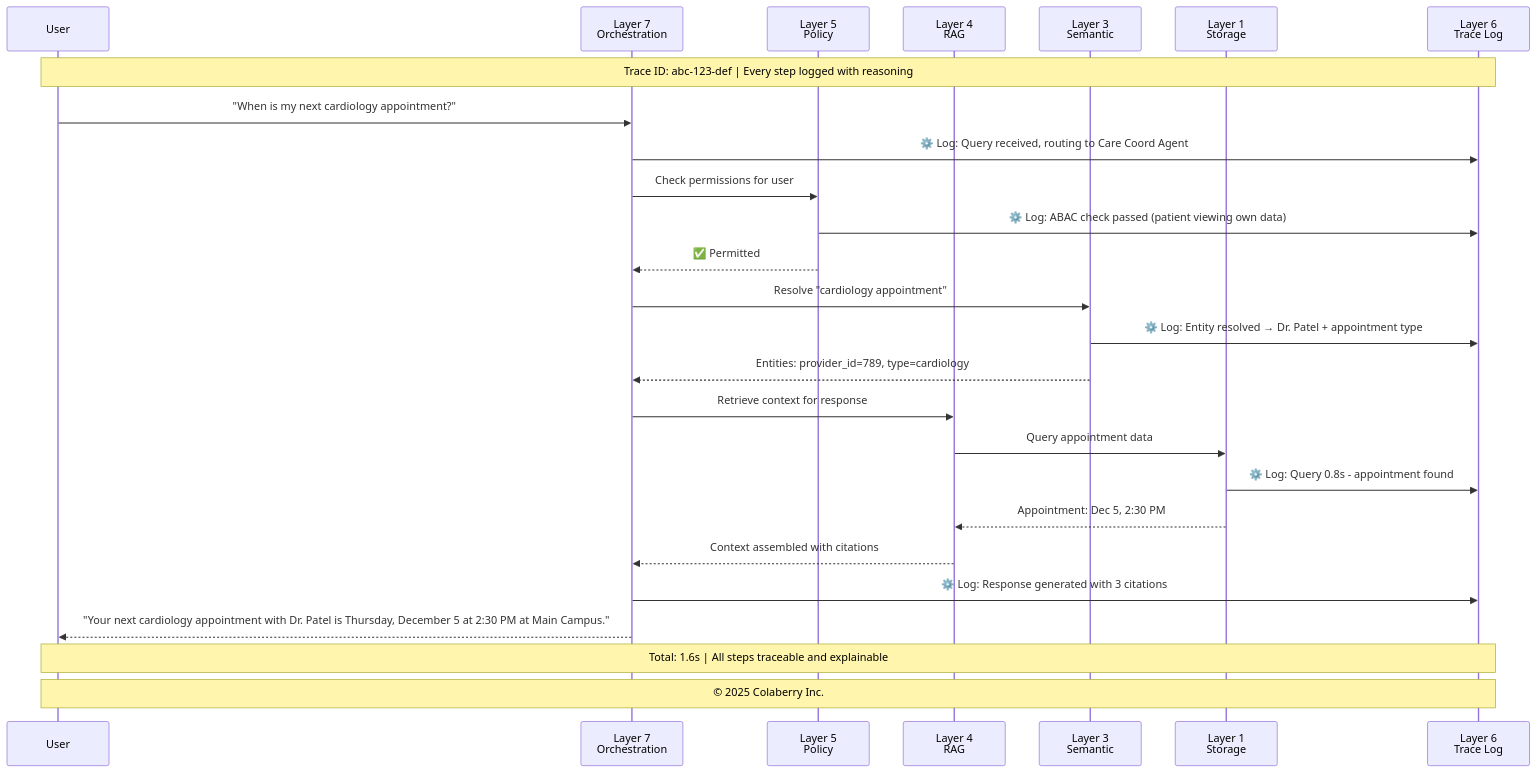
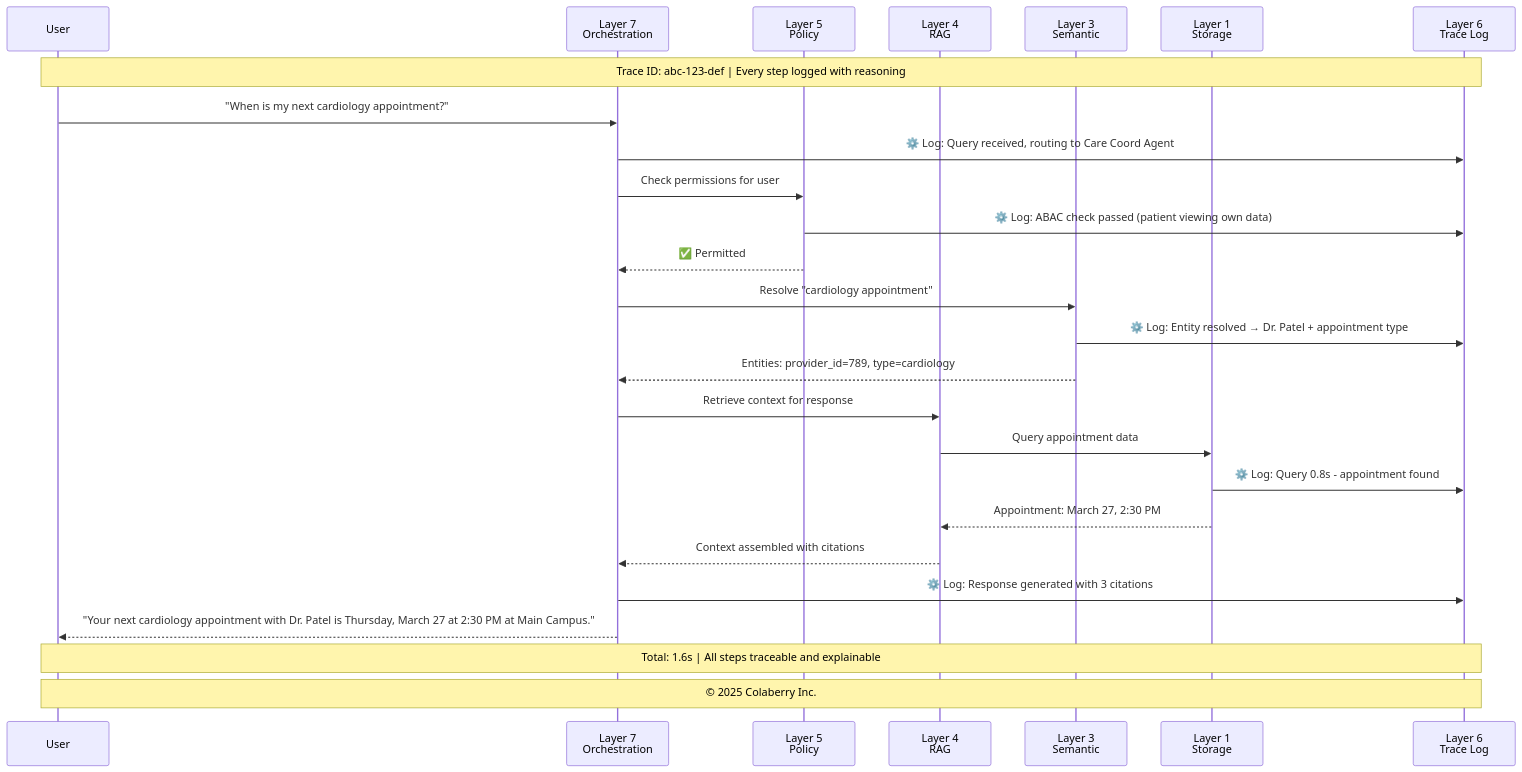
The third of 11 diagrams in manuscript/09_chapter_8_architecture_of_trust_in_action.md (saitejesh-cyber/trust-before-intelligence-book), drawn with Mermaid before and after one commit. The commit also changed other lines of this file and 4 other files, not shown here.

````diff
--- a/manuscript/09_chapter_8_architecture_of_trust_in_action.md
+++ b/manuscript/09_chapter_8_architecture_of_trust_in_action.md
@@ -294,32 +191,32 @@
 ```mermaid
 sequenceDiagram
-    participant U as User
-    participant O as Layer 7<br/>Orchestration
-    participant P as Layer 5<br/>Policy
-    participant R as Layer 4<br/>RAG
-    participant S as Layer 3<br/>Semantic
-    participant D as Layer 1<br/>Storage
-    participant T as Layer 6<br/>Trace Log
-    
-    Note over U,T: Trace ID: abc-123-def | Every step logged with reasoning
-    
-    U->>O: "When is my next cardiology appointment?"
-    O->>T: ⚙️ Log: Query received, routing to Care Coord Agent
-    O->>P: Check permissions for user
-    P->>T: ⚙️ Log: ABAC check passed (patient viewing own data)
-    P-->>O: ✅ Permitted
-    O->>S: Resolve "cardiology appointment"
-    S->>T: ⚙️ Log: Entity resolved → Dr. Patel + appointment type
-    S-->>O: Entities: provider_id=789, type=cardiology
-    O->>R: Retrieve context for response
-    R->>D: Query appointment data
-    D->>T: ⚙️ Log: Query 0.8s - appointment found
-    D-->>R: Appointment: Dec 5, 2:30 PM
-    R-->>O: Context assembled with citations
-    O->>T: ⚙️ Log: Response generated with 3 citations
-    O-->>U: "Your next cardiology appointment with Dr. Patel is Thursday, December 5 at 2:30 PM at Main Campus."
-    
-    Note over U,T: Total: 1.6s | All steps traceable and explainable
-    
-    Note over U,T: © 2025 Colaberry Inc.
+  participant U as User
+  participant O as Layer 7<br/>Orchestration
+  participant P as Layer 5<br/>Policy
+  participant R as Layer 4<br/>RAG
+  participant S as Layer 3<br/>Semantic
+  participant D as Layer 1<br/>Storage
+  participant T as Layer 6<br/>Trace Log
+  
+  Note over U,T: Trace ID: abc-123-def | Every step logged with reasoning
+  
+  U->>O: "When is my next cardiology appointment?"
+  O->>T: ⚙️ Log: Query received, routing to Care Coord Agent
+  O->>P: Check permissions for user
+  P->>T: ⚙️ Log: ABAC check passed (patient viewing own data)
+  P-->>O: ✅ Permitted
+  O->>S: Resolve "cardiology appointment"
+  S->>T: ⚙️ Log: Entity resolved → Dr. Patel + appointment type
+  S-->>O: Entities: provider_id=789, type=cardiology
+  O->>R: Retrieve context for response
+  R->>D: Query appointment data
+  D->>T: ⚙️ Log: Query 0.8s - appointment found
+  D-->>R: Appointment: March 27, 2:30 PM
+  R-->>O: Context assembled with citations
+  O->>T: ⚙️ Log: Response generated with 3 citations
+  O-->>U: "Your next cardiology appointment with Dr. Patel is Thursday, March 27 at 2:30 PM at Main Campus."
+  
+  Note over U,T: Total: 1.6s | All steps traceable and explainable
+  
+  Note over U,T: © 2025 Colaberry Inc.
 ```
````
